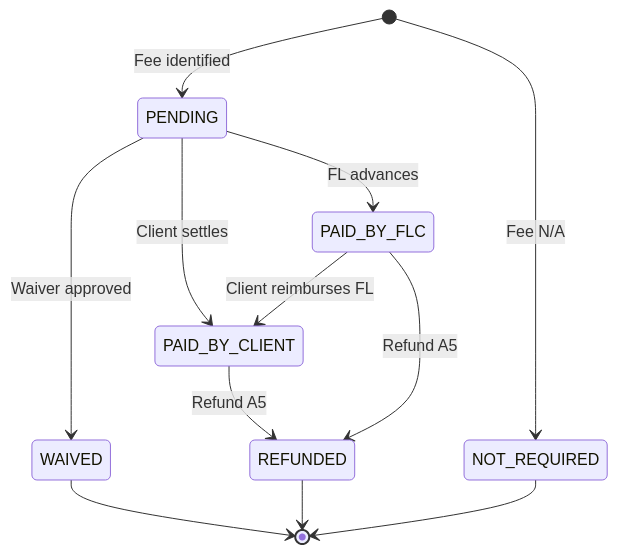
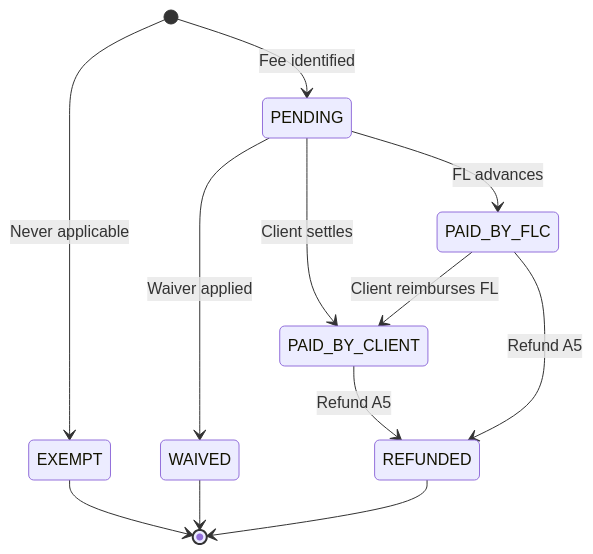
The first of 2 diagrams in docs/guides/FEE_MASTER_ARCHITECTURE_V1_1.md (WebdeveloperFLC/flow-link-docs), drawn with Mermaid before and after one commit. The commit also changed other lines of this file and 6 other files, not shown here.

Commit message:
docs(fee-master): P2.3 MD sign-off complete + P3 readiness + EXEMPT status

````diff
--- a/docs/guides/FEE_MASTER_ARCHITECTURE_V1_1.md
+++ b/docs/guides/FEE_MASTER_ARCHITECTURE_V1_1.md
@@ -182,14 +195,14 @@
 ```mermaid
 stateDiagram-v2
-  [*] --> NOT_REQUIRED: Fee N/A
+  [*] --> EXEMPT: Never applicable
   [*] --> PENDING: Fee identified
   PENDING --> PAID_BY_CLIENT: Client settles
   PENDING --> PAID_BY_FLC: FL advances
-  PENDING --> WAIVED: Waiver approved
+  PENDING --> WAIVED: Waiver applied
   PAID_BY_CLIENT --> REFUNDED: Refund A5
   PAID_BY_FLC --> REFUNDED: Refund A5
   PAID_BY_FLC --> PAID_BY_CLIENT: Client reimburses FL
+  EXEMPT --> [*]
   WAIVED --> [*]
   REFUNDED --> [*]
-  NOT_REQUIRED --> [*]
 ```
````
